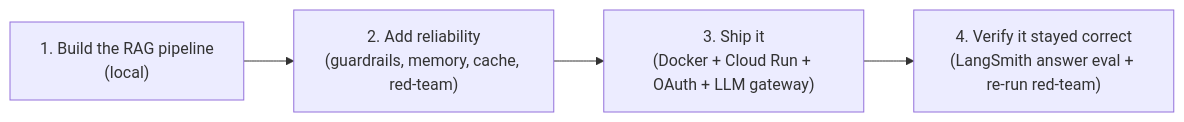
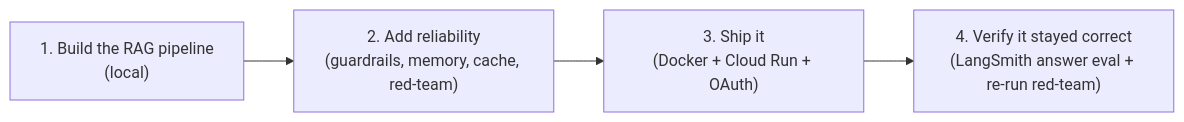
The diagram in docs/01-overview.md (d-hackmt/HR-RAG-WITH-GCP), drawn with Mermaid before and after one commit. The commit also changed other lines of this file and 20 other files, not shown here.

````diff
--- a/docs/01-overview.md
+++ b/docs/01-overview.md
@@ -32,6 +32,6 @@
 ```mermaid
 flowchart LR
     A["1. Build the RAG pipeline<br/>(local)"] --> B["2. Add reliability<br/>(guardrails, memory, cache, red-team)"]
-    B --> C["3. Ship it<br/>(Docker + Cloud Run + OAuth + LLM gateway)"]
+    B --> C["3. Ship it<br/>(Docker + Cloud Run + OAuth)"]
     C --> D["4. Verify it stayed correct<br/>(LangSmith answer eval + re-run red-team)"]
 ```
````
